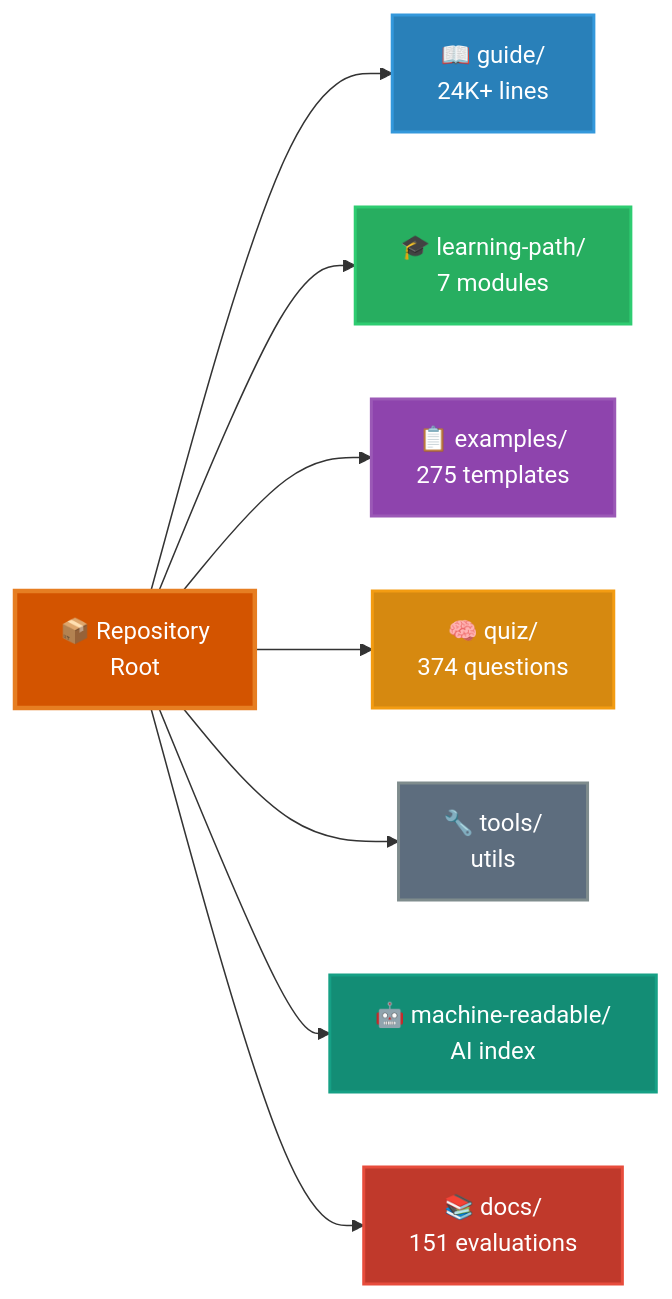
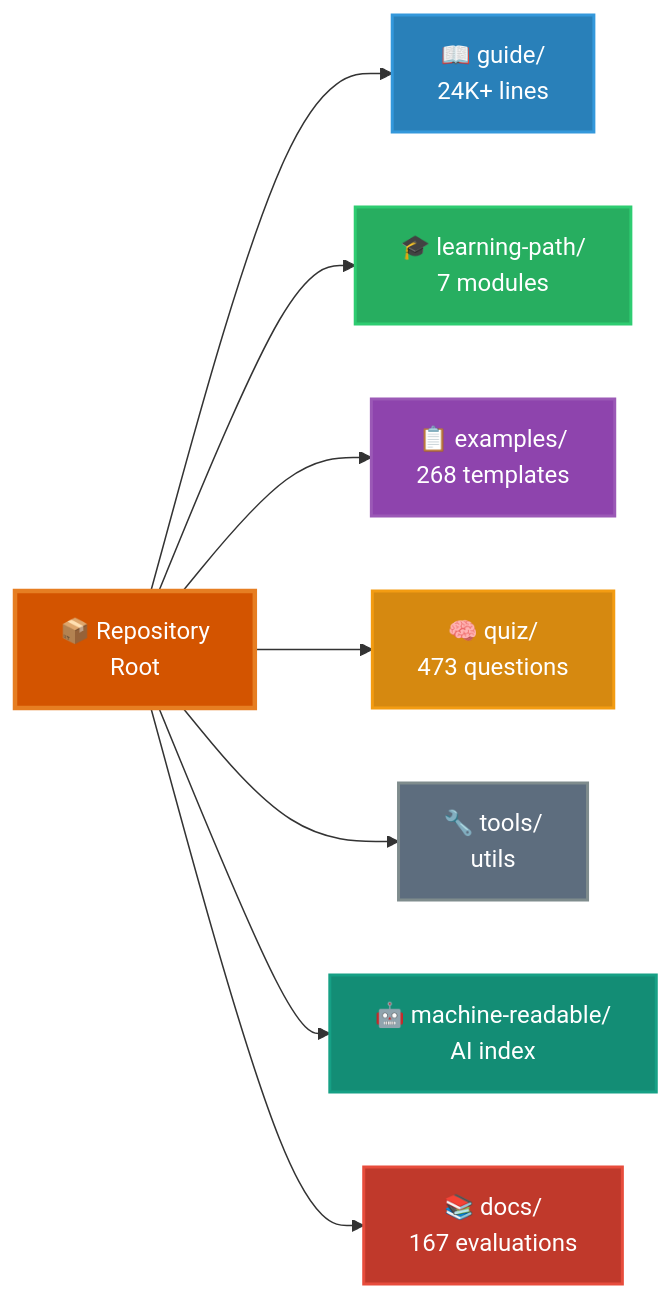
The diagram in models/llm/claude-code-ultimate-guide/README.md (quangminh1212/AI_PowerUp), drawn with Mermaid before and after one commit. The commit also changed other lines of this file and 38071 other files, not shown here.

````diff
--- a/models/llm/claude-code-ultimate-guide/README.md
+++ b/models/llm/claude-code-ultimate-guide/README.md
@@ -182,21 +182,21 @@
 ```mermaid
 graph LR
     root[📦 Repository<br/>Root]
 
     root --> guide[📖 guide/<br/>24K+ lines]
     root --> learning[🎓 learning-path/<br/>7 modules]
-    root --> examples[📋 examples/<br/>275 templates]
-    root --> quiz[🧠 quiz/<br/>374 questions]
+    root --> examples[📋 examples/<br/>268 templates]
+    root --> quiz[🧠 quiz/<br/>473 questions]
     root --> tools[🔧 tools/<br/>utils]
     root --> machine[🤖 machine-readable/<br/>AI index]
-    root --> docs[📚 docs/<br/>151 evaluations]
+    root --> docs[📚 docs/<br/>167 evaluations]
 
     style root fill:#d35400,stroke:#e67e22,stroke-width:3px,color:#fff
     style guide fill:#2980b9,stroke:#3498db,stroke-width:2px,color:#fff
     style learning fill:#27ae60,stroke:#2ecc71,stroke-width:2px,color:#fff
     style examples fill:#8e44ad,stroke:#9b59b6,stroke-width:2px,color:#fff
     style quiz fill:#d68910,stroke:#f39c12,stroke-width:2px,color:#fff
     style tools fill:#5d6d7e,stroke:#7f8c8d,stroke-width:2px,color:#fff
     style machine fill:#138d75,stroke:#16a085,stroke-width:2px,color:#fff
     style docs fill:#c0392b,stroke:#e74c3c,stroke-width:2px,color:#fff
 ```
````
